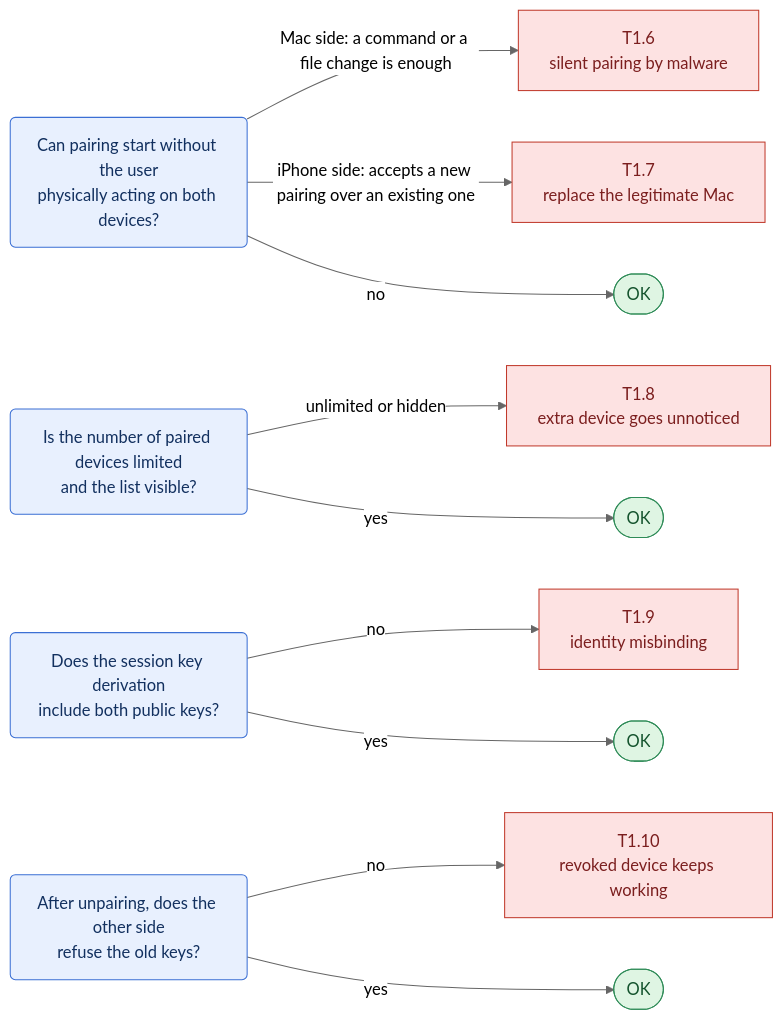
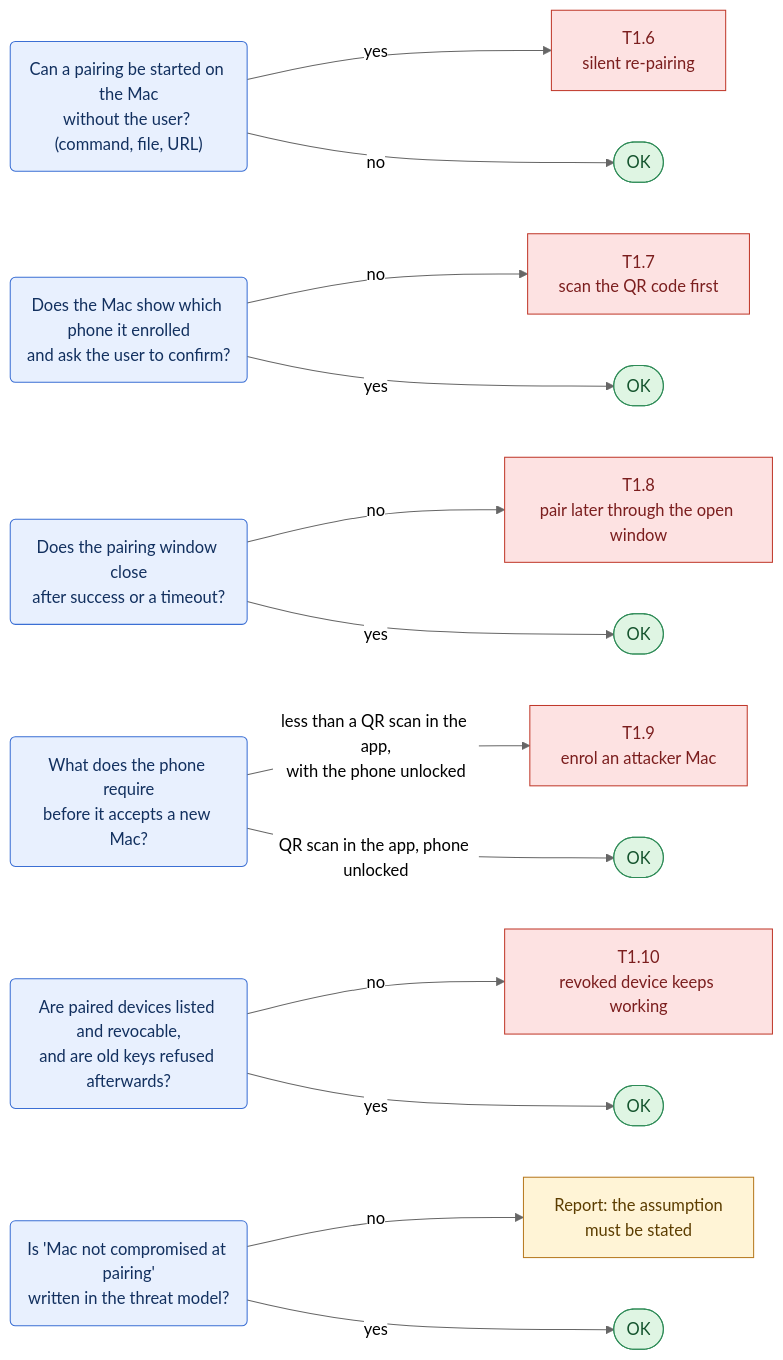
Before and after one commit to Samylay/sentry-key: the third of 17 diagrams in docs/red-team/README.md, drawn with Mermaid (neutral theme). The commit also changed other lines of this file and 1 other file, not shown here.

First line of the commit message:
Align red team guide with docs/ARCHITECTURE.md (prompt P-007)

````diff
--- a/docs/red-team/README.md
+++ b/docs/red-team/README.md
@@ -175,20 +223,25 @@
 ```mermaid
 flowchart LR
   classDef q fill:#e8f0fe,stroke:#3b6fd4,color:#12305f
   classDef atk fill:#fde2e2,stroke:#c0392b,color:#7b1e1e
   classDef ok fill:#dff5e3,stroke:#2e8b57,color:#14532d
   classDef note fill:#fff4d6,stroke:#b7791f,color:#5c3d00
-  q7("Can pairing start without the user<br/>physically acting on both devices?"):::q
-  q8("Is the number of paired devices limited<br/>and the list visible?"):::q
-  q9("Does the session key derivation<br/>include both public keys?"):::q
-  q10("After unpairing, does the other side<br/>refuse the old keys?"):::q
-  q7 -->|"Mac side: a command or a file change is enough"| a6["T1.6<br/>silent pairing by malware"]:::atk
-  q7 -->|"iPhone side: accepts a new pairing over an existing one"| a7["T1.7<br/>replace the legitimate Mac"]:::atk
-  q7 -->|"no"| ok3(["OK"]):::ok
-  q8 -->|"unlimited or hidden"| a8["T1.8<br/>extra device goes unnoticed"]:::atk
-  q8 -->|"yes"| ok4(["OK"]):::ok
-  q9 -->|"no"| a9["T1.9<br/>identity misbinding"]:::atk
-  q9 -->|"yes"| ok5(["OK"]):::ok
+  q6("Can a pairing be started on the Mac<br/>without the user? (command, file, URL)"):::q
+  q7("Does the Mac show which phone it enrolled<br/>and ask the user to confirm?"):::q
+  q8("Does the pairing window close<br/>after success or a timeout?"):::q
+  q9("What does the phone require<br/>before it accepts a new Mac?"):::q
+  q10("Are paired devices listed and revocable,<br/>and are old keys refused afterwards?"):::q
+  q11("Is 'Mac not compromised at pairing'<br/>written in the threat model?"):::q
+  q6 -->|"yes"| a6["T1.6<br/>silent re-pairing"]:::atk
+  q6 -->|"no"| ok5(["OK"]):::ok
+  q7 -->|"no"| a7["T1.7<br/>scan the QR code first"]:::atk
+  q7 -->|"yes"| ok6(["OK"]):::ok
+  q8 -->|"no"| a8["T1.8<br/>pair later through the open window"]:::atk
+  q8 -->|"yes"| ok7(["OK"]):::ok
+  q9 -->|"less than a QR scan in the app,<br/>with the phone unlocked"| a9["T1.9<br/>enrol an attacker Mac"]:::atk
+  q9 -->|"QR scan in the app, phone unlocked"| ok8(["OK"]):::ok
   q10 -->|"no"| a10["T1.10<br/>revoked device keeps working"]:::atk
-  q10 -->|"yes"| ok6(["OK"]):::ok
+  q10 -->|"yes"| ok9(["OK"]):::ok
+  q11 -->|"no"| n1["Report: the assumption<br/>must be stated"]:::note
+  q11 -->|"yes"| ok10(["OK"]):::ok
 ```
````
